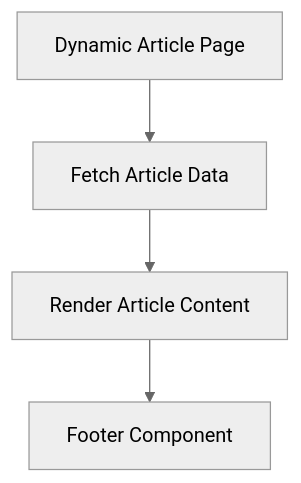
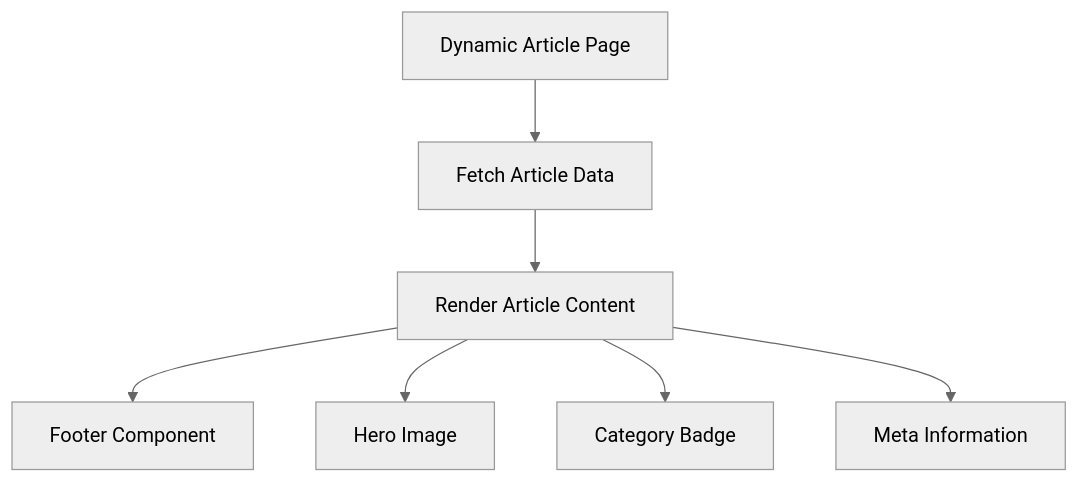
The diagram in docs/app/articles/[id]/page.tsx.md (Aradhana-Platform/kohamar-aradhanaplatform.com), drawn with Mermaid (neutral theme) before and after one commit. The commit also changed other lines of this file and 1 other file, not shown here.

````diff
--- a/docs/app/articles/[id]/page.tsx.md
+++ b/docs/app/articles/[id]/page.tsx.md
@@ -25,6 +29,9 @@
 ```mermaid
 flowchart TD
 A[Dynamic Article Page] --> B[Fetch Article Data]
 B --> C[Render Article Content]
 C --> D[Footer Component]
+C --> E[Hero Image]
+C --> F[Category Badge]
+C --> G[Meta Information]
 ```
````
